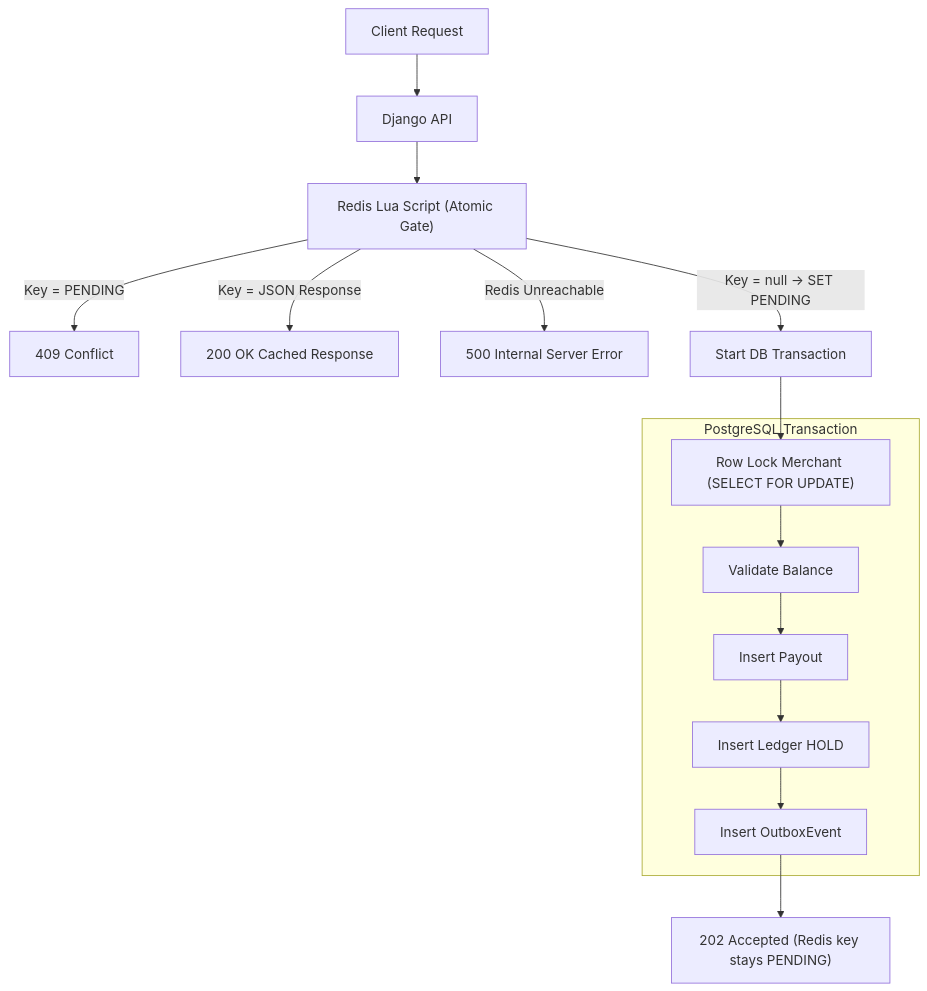
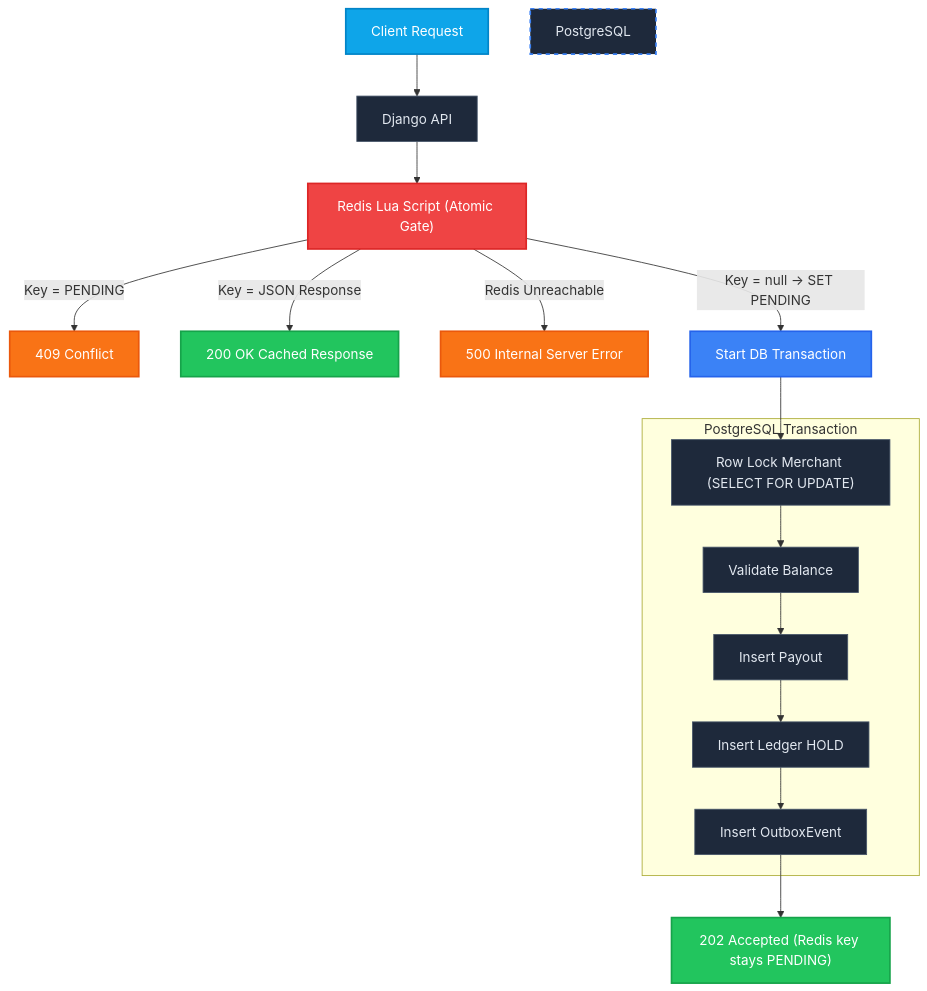
Before and after one commit to distroaryan/playo: the first of 4 diagrams in README.md, drawn with Mermaid. The commit also changed other lines of this file and 5 other files, not shown here.

````diff
--- a/README.md
+++ b/README.md
@@ -21,26 +24,35 @@
 ```mermaid
 flowchart TD
-    Client[Client Request] --> API[Django API]
-    API --> RedisLua["Redis Lua Script (Atomic Gate)"]
+    %% Define colors
+    classDef default fill:#1E293B,stroke:#475569,stroke-width:1px,color:#E2E8F0;
+    classDef client fill:#0ea5e9,stroke:#0284c7,stroke-width:2px,color:#ffffff;
+    classDef redis fill:#ef4444,stroke:#dc2626,stroke-width:2px,color:#ffffff;
+    classDef error fill:#f97316,stroke:#ea580c,stroke-width:2px,color:#ffffff;
+    classDef success fill:#22c55e,stroke:#16a34a,stroke-width:2px,color:#ffffff;
+    classDef db fill:#3b82f6,stroke:#2563eb,stroke-width:2px,color:#ffffff;
     
-    RedisLua -- "Key = PENDING" --> Conflict[409 Conflict]
-    RedisLua -- "Key = JSON Response" --> OK[200 OK Cached Response]
-    RedisLua -- "Redis Unreachable" --> ServerError[500 Internal Server Error]
-    RedisLua -- "Key = null → SET PENDING" --> DB_Tx[Start DB Transaction]
+    Client[Client Request]:::client --> API[Django API]
+    API --> RedisLua["Redis Lua Script (Atomic Gate)"]:::redis
+    
+    RedisLua -- "Key = PENDING" --> Conflict[409 Conflict]:::error
+    RedisLua -- "Key = JSON Response" --> OK[200 OK Cached Response]:::success
+    RedisLua -- "Redis Unreachable" --> ServerError[500 Internal Server Error]:::error
+    RedisLua -- "Key = null → SET PENDING" --> DB_Tx[Start DB Transaction]:::db
     
     subgraph PostgreSQL Transaction
         DB_Lock["Row Lock Merchant (SELECT FOR UPDATE)"]
         DB_Bal[Validate Balance]
         DB_Payout[Insert Payout]
         DB_Ledger[Insert Ledger HOLD]
         DB_Outbox[Insert OutboxEvent]
     end
+    style PostgreSQL Transaction fill:#0f172a,stroke:#3b82f6,stroke-width:2px,stroke-dasharray: 5 5
     
     DB_Tx --> DB_Lock
     DB_Lock --> DB_Bal
     DB_Bal --> DB_Payout
     DB_Payout --> DB_Ledger
     DB_Ledger --> DB_Outbox
     
-    DB_Outbox --> Return["202 Accepted (Redis key stays PENDING)"]
+    DB_Outbox --> Return["202 Accepted (Redis key stays PENDING)"]:::success
 ```
````
